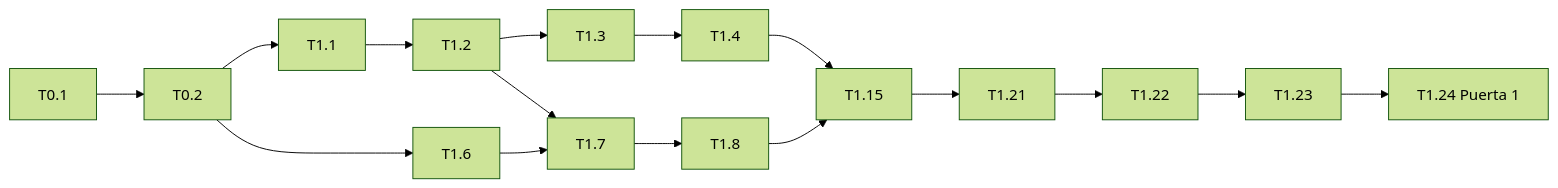
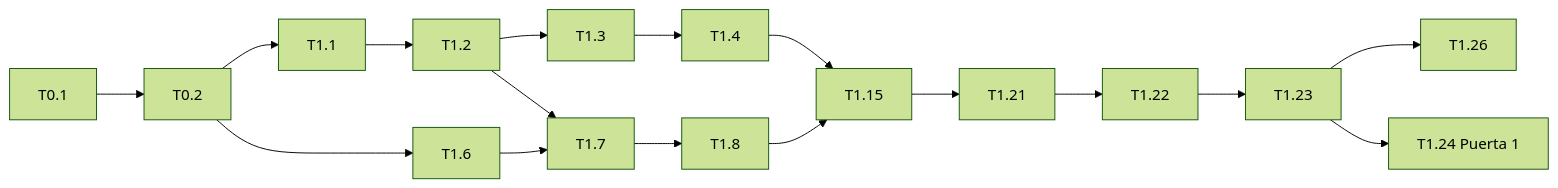
Before and after one commit to antonioaren/gaveta: the third of 3 diagrams in docs/TASKS.md, drawn with Mermaid (forest theme). The commit also changed other lines of this file and 2 other files, not shown here.

````diff
--- a/docs/TASKS.md
+++ b/docs/TASKS.md
@@ -164,18 +169,19 @@
 ```mermaid
 flowchart LR
   T01[T0.1] --> T02[T0.2]
   T02 --> T11[T1.1]
   T11 --> T12[T1.2]
   T12 --> T13[T1.3]
   T13 --> T14[T1.4]
   T02 --> T16[T1.6]
   T12 --> T17[T1.7]
   T16 --> T17
   T17 --> T18[T1.8]
   T14 --> T115[T1.15]
   T18 --> T115
   T115 --> T121[T1.21]
   T121 --> T122[T1.22]
   T122 --> T123[T1.23]
+  T123 --> T126[T1.26]
   T123 --> T124["T1.24 Puerta 1"]
 ```
````
